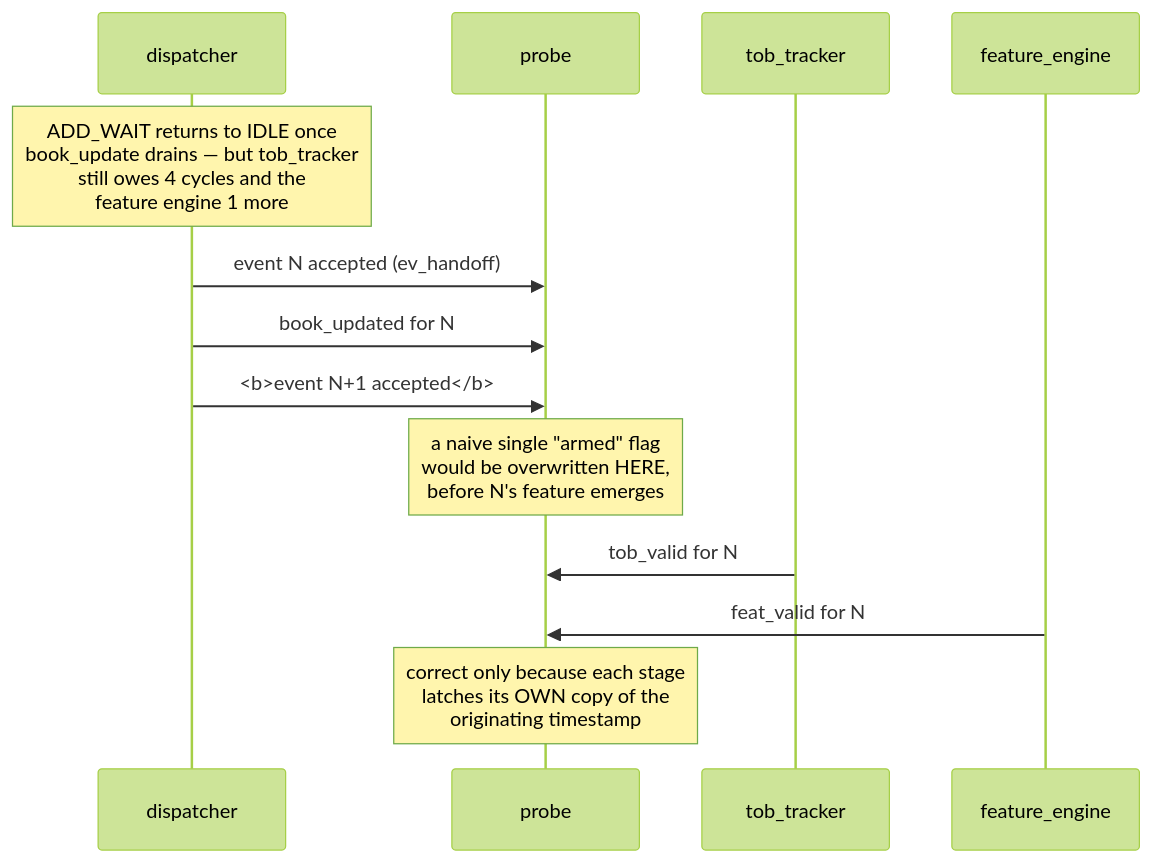
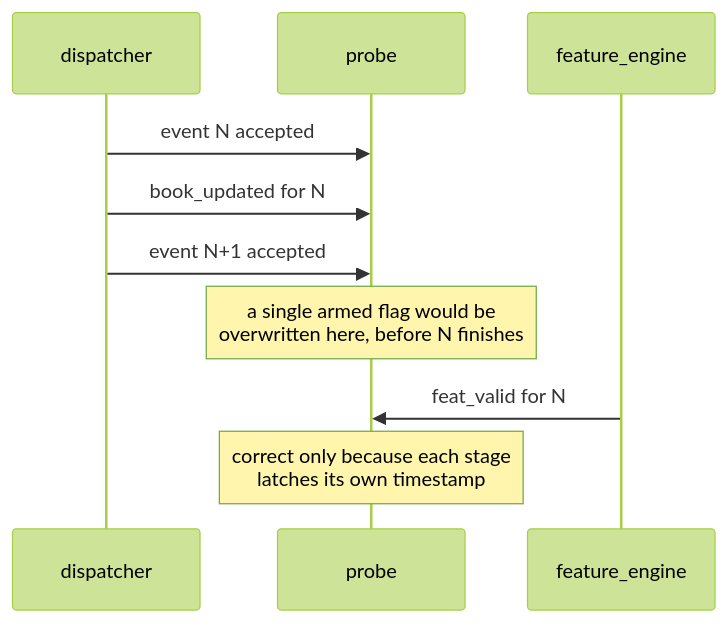
One commit to Rushmello369/fpga-feed-handler changed the second of 6 diagrams in docs/diagrams/latency_probe.md. Above: the diagram before and after it, drawn with Mermaid (forest theme). The commit also changed other lines of this file and 12 other files, not shown here.

Commit message:
add diagrams for system and module architectures

````diff
--- a/docs/diagrams/latency_probe.md
+++ b/docs/diagrams/latency_probe.md
@@ -46,16 +33,13 @@
 ```mermaid
 sequenceDiagram
     participant D as dispatcher
     participant P as probe
-    participant T as tob_tracker
     participant F as feature_engine
 
-    Note over D: ADD_WAIT returns to IDLE once<br/>book_update drains — but tob_tracker<br/>still owes 4 cycles and the<br/>feature engine 1 more
-    D->>P: event N accepted (ev_handoff)
+    D->>P: event N accepted
     D->>P: book_updated for N
-    D->>P: <b>event N+1 accepted</b>
-    Note over P: a naive single "armed" flag<br/>would be overwritten HERE,<br/>before N's feature emerges
-    T->>P: tob_valid for N
+    D->>P: event N+1 accepted
+    Note over P: a single armed flag would be<br/>overwritten here, before N finishes
     F->>P: feat_valid for N
-    Note over P: correct only because each stage<br/>latches its OWN copy of the<br/>originating timestamp
+    Note over P: correct only because each stage<br/>latches its own timestamp
 ```
````
